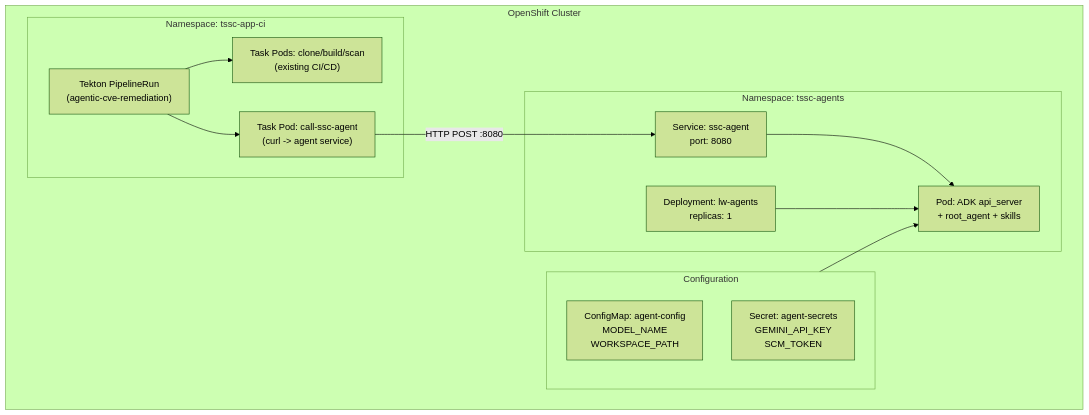
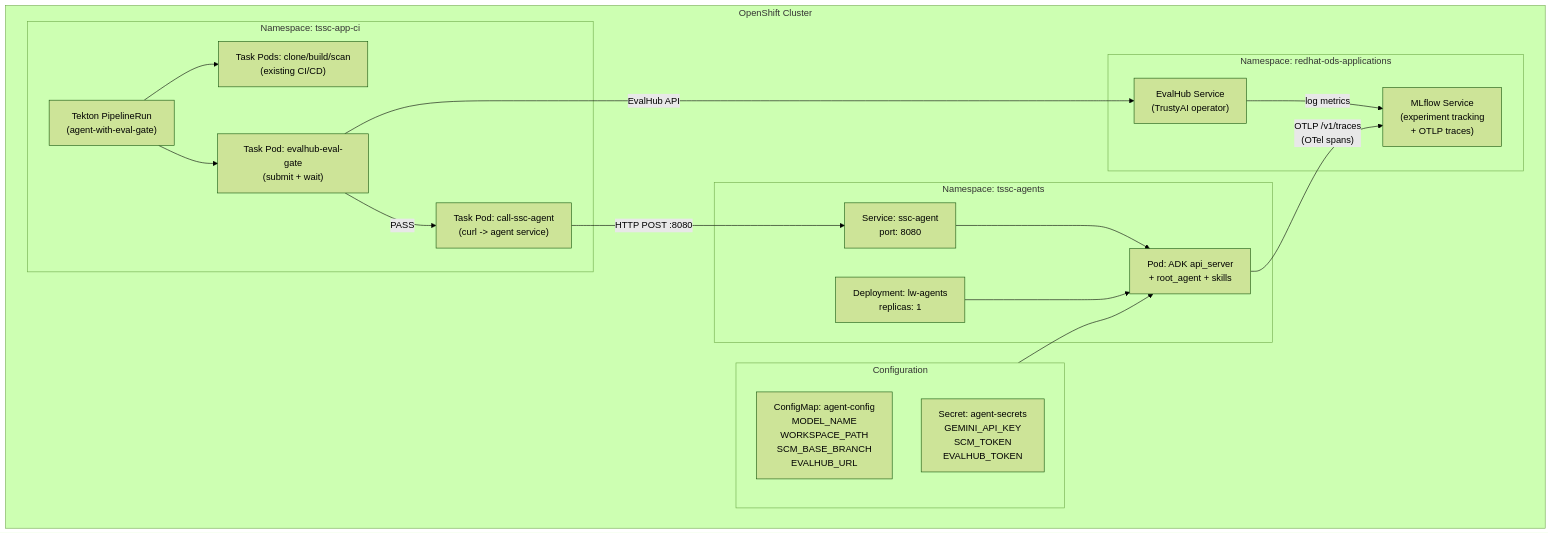
One commit to rrbanda/lw-agents changed diagram 13 of 13 in docs/architecture.md. Above: the diagram before and after it, drawn with Mermaid (forest theme). The commit also changed other lines of this file and 60 other files, not shown here.

````diff
--- a/docs/architecture.md
+++ b/docs/architecture.md
@@ -217,28 +478,38 @@
 ```mermaid
 flowchart TB
     subgraph cluster [OpenShift Cluster]
         subgraph tektonNs [Namespace: tssc-app-ci]
-            pipelineRun["Tekton PipelineRun\n(agentic-cve-remediation)"]
+            pipelineRun["Tekton PipelineRun\n(agent-with-eval-gate)"]
+            evalTask["Task Pod: evalhub-eval-gate\n(submit + wait)"]
             taskPod["Task Pod: call-ssc-agent\n(curl -> agent service)"]
             buildPod["Task Pods: clone/build/scan\n(existing CI/CD)"]
         end
 
         subgraph agentNs [Namespace: tssc-agents]
             agentDeploy["Deployment: lw-agents\nreplicas: 1"]
             agentSvc["Service: ssc-agent\nport: 8080"]
             agentPod["Pod: ADK api_server\n+ root_agent + skills"]
         end
 
+        subgraph rhoaiNs [Namespace: redhat-ods-applications]
+            evalHubSvc["EvalHub Service\n(TrustyAI operator)"]
+            mlflowSvc["MLflow Service\n(experiment tracking\n+ OTLP traces)"]
+        end
+
         subgraph config [Configuration]
-            configMap["ConfigMap: agent-config\nMODEL_NAME\nWORKSPACE_PATH"]
-            secret["Secret: agent-secrets\nGEMINI_API_KEY\nSCM_TOKEN"]
+            configMap["ConfigMap: agent-config\nMODEL_NAME\nWORKSPACE_PATH\nSCM_BASE_BRANCH\nEVALHUB_URL"]
+            secret["Secret: agent-secrets\nGEMINI_API_KEY\nSCM_TOKEN\nEVALHUB_TOKEN"]
         end
     end
 
     pipelineRun --> buildPod
-    pipelineRun --> taskPod
+    pipelineRun --> evalTask
+    evalTask -->|"EvalHub API"| evalHubSvc
+    evalHubSvc -->|"log metrics"| mlflowSvc
+    evalTask -->|"PASS"| taskPod
     taskPod -->|"HTTP POST :8080"| agentSvc
     agentSvc --> agentPod
     agentDeploy --> agentPod
+    agentPod -->|"OTLP /v1/traces\n(OTel spans)"| mlflowSvc
     config --> agentPod
 ```
````
